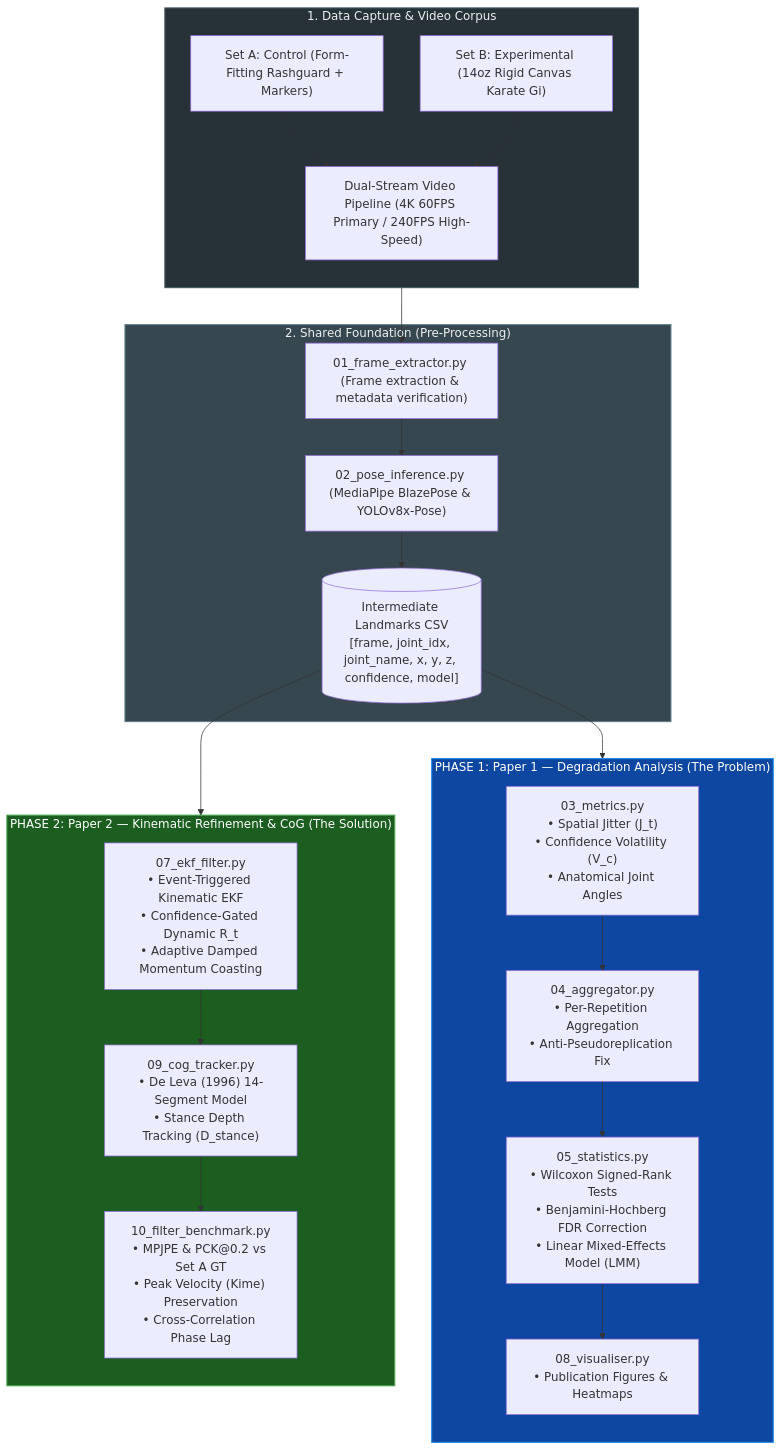
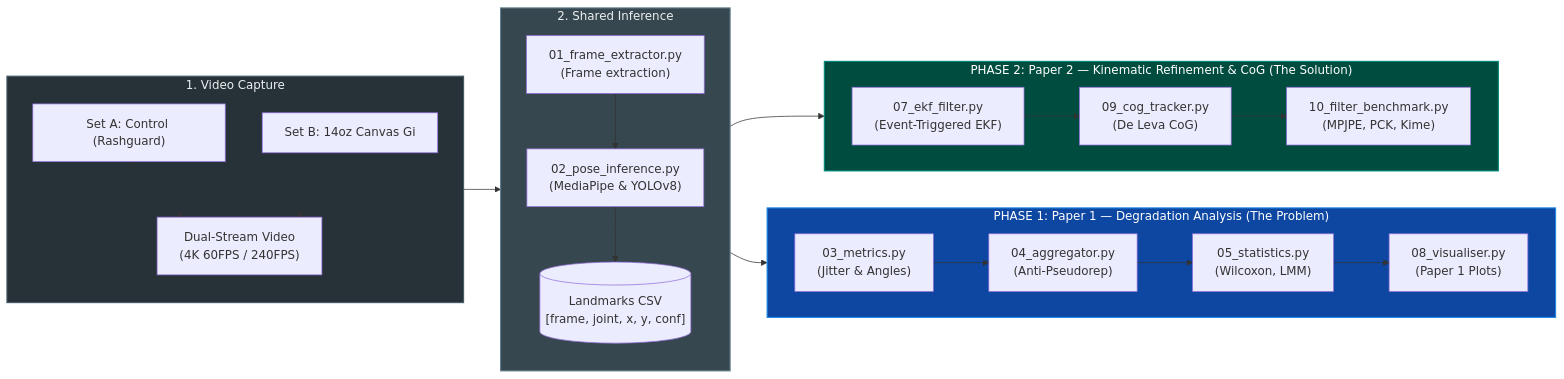
One commit to kusalxn0506/KaratePose-AI changed the diagram in README.md. Above: the diagram before and after it, drawn with Mermaid.

Commit message:
docs: make architecture Mermaid diagram compact and horizontal

````diff
--- a/README.md
+++ b/README.md
@@ -32,42 +32,34 @@
 ```mermaid
-flowchart TD
-    subgraph Capture["1. Data Capture & Video Corpus"]
+flowchart LR
+    subgraph Data["1. Video Capture"]
         direction TB
-        A1["Set A: Control (Form-Fitting Rashguard + Markers)"]
-        A2["Set B: Experimental (14oz Rigid Canvas Karate Gi)"]
-        A1 & A2 --> A["Dual-Stream Video Pipeline (4K 60FPS Primary / 240FPS High-Speed)"]
+        A1["Set A: Control (Rashguard)"]
+        A2["Set B: 14oz Canvas Gi"]
+        A1 & A2 --> A["Dual-Stream Video<br/>(4K 60FPS / 240FPS)"]
     end
 
-    subgraph Foundation["2. Shared Foundation (Pre-Processing)"]
-        A --> B["01_frame_extractor.py (Frame extraction & metadata verification)"]
-        B --> C["02_pose_inference.py (MediaPipe BlazePose & YOLOv8x-Pose)"]
-        C --> D[("Intermediate Landmarks CSV\n[frame, joint_idx, joint_name, x, y, z, confidence, model]")]
+    subgraph Core["2. Shared Inference"]
+        direction TB
+        A --> B["01_frame_extractor.py<br/>(Frame extraction)"]
+        B --> C["02_pose_inference.py<br/>(MediaPipe & YOLOv8)"]
+        C --> D[("Landmarks CSV<br/>[frame, joint, x, y, conf]")]
+    end
+
+    subgraph P1["PHASE 1: Paper 1 — Degradation Analysis (The Problem)"]
+        direction LR
+        E1["03_metrics.py<br/>(Jitter & Angles)"] --> E2["04_aggregator.py<br/>(Anti-Pseudorep)"] --> E3["05_statistics.py<br/>(Wilcoxon, LMM)"] --> E4["08_visualiser.py<br/>(Paper 1 Plots)"]
+    end
+
+    subgraph P2["PHASE 2: Paper 2 — Kinematic Refinement & CoG (The Solution)"]
+        direction LR
+        F1["07_ekf_filter.py<br/>(Event-Triggered EKF)"] --> F2["09_cog_tracker.py<br/>(De Leva CoG)"] --> F3["10_filter_benchmark.py<br/>(MPJPE, PCK, Kime)"]
     end
 
     D --> E1
     D --> F1
 
-    subgraph P1["PHASE 1: Paper 1 — Degradation Analysis (The Problem)"]
-        direction TB
-        E1["03_metrics.py\n• Spatial Jitter (J_t)\n• Confidence Volatility (V_c)\n• Anatomical Joint Angles"]
-        E2["04_aggregator.py\n• Per-Repetition Aggregation\n• Anti-Pseudoreplication Fix"]
-        E3["05_statistics.py\n• Wilcoxon Signed-Rank Tests\n• Benjamini-Hochberg FDR Correction\n• Linear Mixed-Effects Model (LMM)"]
-        E4["08_visualiser.py\n• Publication Figures & Heatmaps"]
-        
-        E1 --> E2 --> E3 --> E4
-    end
-
-    subgraph P2["PHASE 2: Paper 2 — Kinematic Refinement & CoG (The Solution)"]
-        direction TB
-        F1["07_ekf_filter.py\n• Event-Triggered Kinematic EKF\n• Confidence-Gated Dynamic R_t\n• Adaptive Damped Momentum Coasting"]
-        F2["09_cog_tracker.py\n• De Leva (1996) 14-Segment Model\n• Stance Depth Tracking (D_stance)"]
-        F3["10_filter_benchmark.py\n• MPJPE & PCK@0.2 vs Set A GT\n• Peak Velocity (Kime) Preservation\n• Cross-Correlation Phase Lag"]
-
-        F1 --> F2 --> F3
-    end
-
-    style Capture fill:#263238,stroke:#455A64,stroke-width:1.5px,color:#ECEFF1
-    style Foundation fill:#37474F,stroke:#607D8B,stroke-width:1.5px,color:#ECEFF1
+    style Data fill:#263238,stroke:#455A64,stroke-width:1.5px,color:#ECEFF1
+    style Core fill:#37474F,stroke:#607D8B,stroke-width:1.5px,color:#ECEFF1
     style P1 fill:#0D47A1,stroke:#1E88E5,stroke-width:1.5px,color:#FFFFFF
-    style P2 fill:#1B5E20,stroke:#43A047,stroke-width:1.5px,color:#FFFFFF
+    style P2 fill:#004D40,stroke:#00897B,stroke-width:1.5px,color:#FFFFFF
 ```
````
